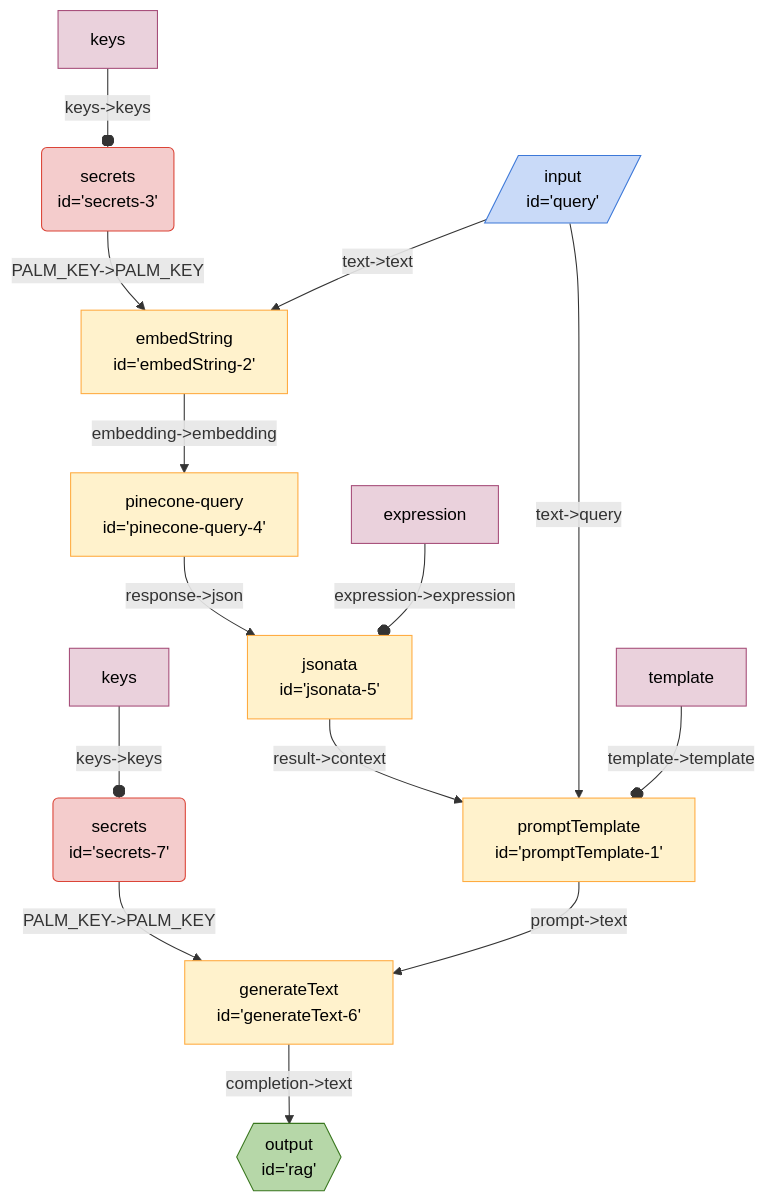
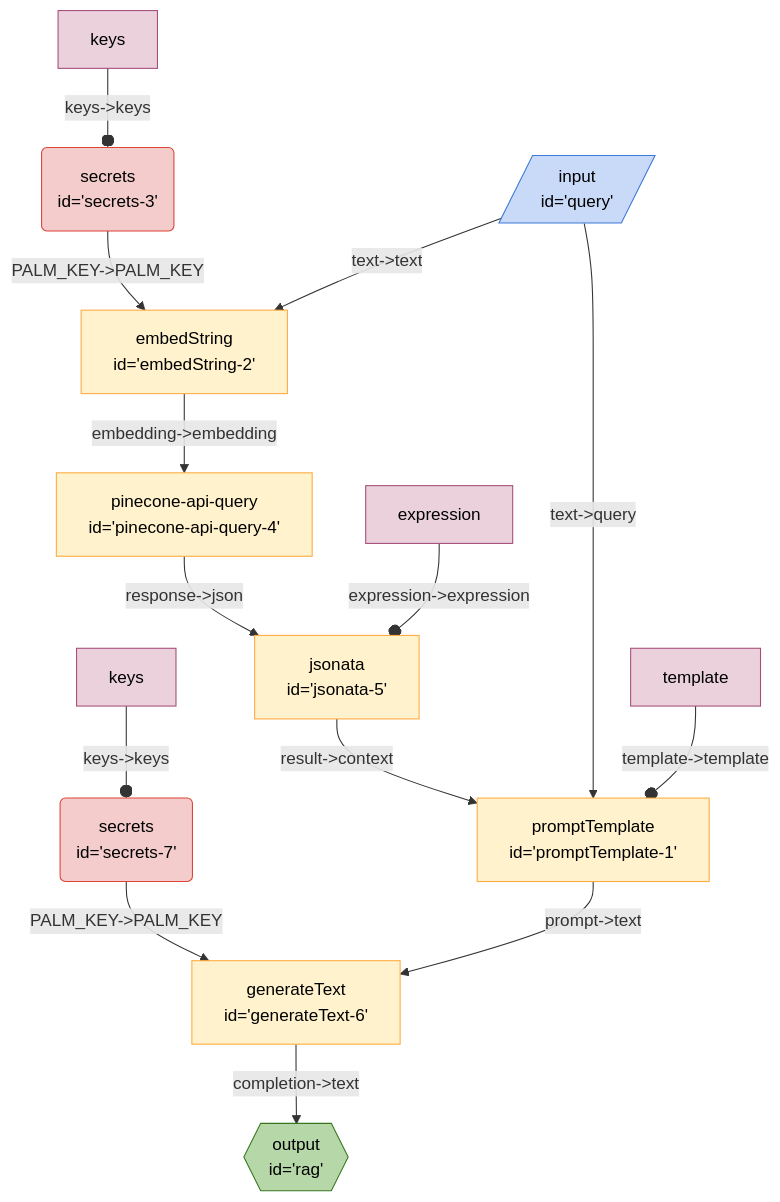
One commit to breadboard-ai/breadboard changed the diagram in seeds/graph-playground/docs/graphs/pinecone-query.md. Above: the diagram before and after it, drawn with Mermaid. The commit also changed 10 other files, not shown here.

Commit message:
[pinecone-kit] Try loading graphs, rather than boards.

````diff
--- a/seeds/graph-playground/docs/graphs/pinecone-query.md
+++ b/seeds/graph-playground/docs/graphs/pinecone-query.md
@@ -5,25 +5,25 @@
   ```mermaid
   %%{init: 'themeVariables': { 'fontFamily': 'Fira Code, monospace' }}%%
 graph TD;
 secrets3("secrets <br> id='secrets-3'"):::secrets -- "PALM_KEY->PALM_KEY" --> embedString2["embedString <br> id='embedString-2'"]
 jsonata5["jsonata <br> id='jsonata-5'"] -- "result->context" --> promptTemplate1["promptTemplate <br> id='promptTemplate-1'"]
-pineconequery4["pinecone-query <br> id='pinecone-query-4'"] -- "response->json" --> jsonata5["jsonata <br> id='jsonata-5'"]
-embedString2["embedString <br> id='embedString-2'"] -- "embedding->embedding" --> pineconequery4["pinecone-query <br> id='pinecone-query-4'"]
+pineconeapiquery4["pinecone-api-query <br> id='pinecone-api-query-4'"] -- "response->json" --> jsonata5["jsonata <br> id='jsonata-5'"]
+embedString2["embedString <br> id='embedString-2'"] -- "embedding->embedding" --> pineconeapiquery4["pinecone-api-query <br> id='pinecone-api-query-4'"]
 query[/"input <br> id='query'"/]:::input -- "text->text" --> embedString2["embedString <br> id='embedString-2'"]
 query[/"input <br> id='query'"/]:::input -- "text->query" --> promptTemplate1["promptTemplate <br> id='promptTemplate-1'"]
 secrets7("secrets <br> id='secrets-7'"):::secrets -- "PALM_KEY->PALM_KEY" --> generateText6["generateText <br> id='generateText-6'"]
 generateText6["generateText <br> id='generateText-6'"] -- "completion->text" --> rag{{"output <br> id='rag'"}}:::output
 promptTemplate1["promptTemplate <br> id='promptTemplate-1'"] -- "prompt->text" --> generateText6["generateText <br> id='generateText-6'"]
 templatepromptTemplate1[template]:::config -- "template->template" --o promptTemplate1
 keyssecrets3[keys]:::config -- "keys->keys" --o secrets3
 expressionjsonata5[expression]:::config -- "expression->expression" --o jsonata5
 keyssecrets7[keys]:::config -- "keys->keys" --o secrets7
 classDef default stroke:#ffab40,fill:#fff2ccff,color:#000
 classDef input stroke:#3c78d8,fill:#c9daf8ff,color:#000
 classDef output stroke:#38761d,fill:#b6d7a8ff,color:#000
 classDef passthrough stroke:#a64d79,fill:#ead1dcff,color:#000
 classDef slot stroke:#a64d79,fill:#ead1dcff,color:#000
 classDef config stroke:#a64d79,fill:#ead1dcff,color:#000
 classDef secrets stroke:#db4437,fill:#f4cccc,color:#000
 classDef slotted stroke:#a64d79
   ```
````
